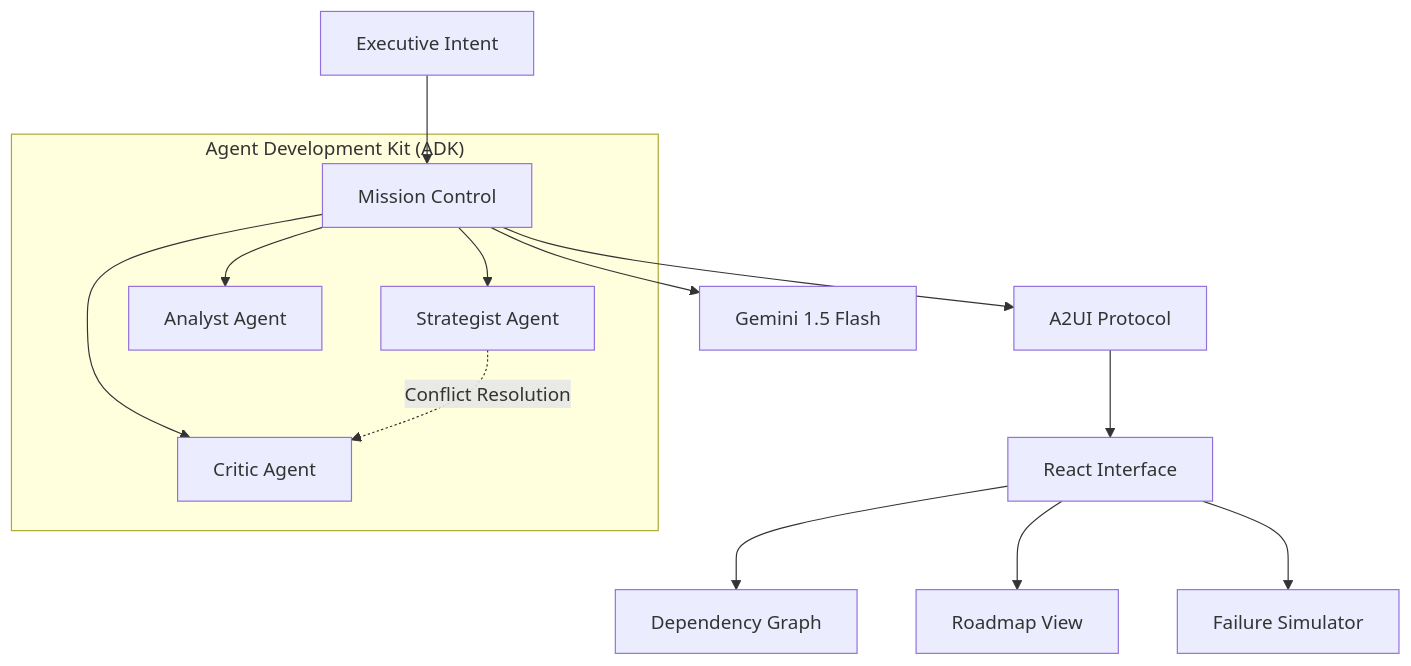
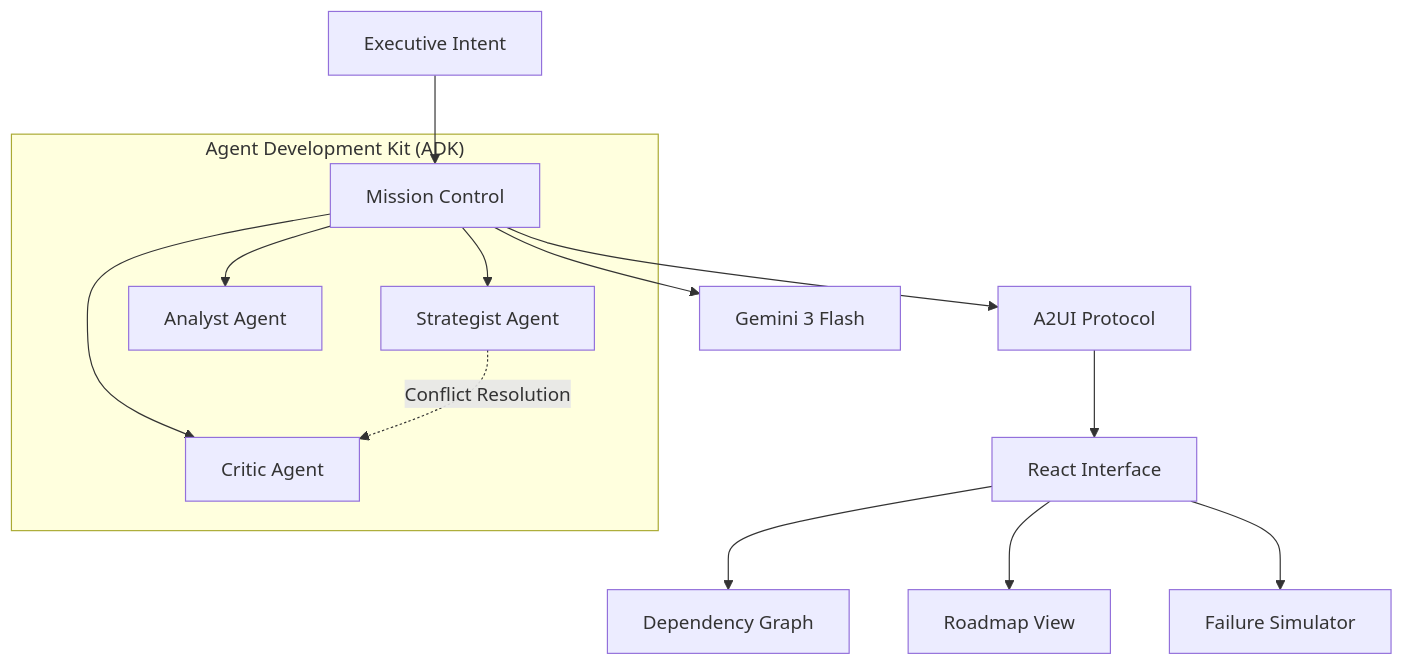
Before and after one commit to darshil0/atlas-strategic-agent: the diagram in README.md, drawn with Mermaid. The commit also changed other lines of this file and 4 other files, not shown here.

````diff
--- a/README.md
+++ b/README.md
@@ -43,20 +43,20 @@
 ```mermaid
 graph TD
     User[Executive Intent] --> Orchestrator[Mission Control]
     
     subgraph "Agent Development Kit (ADK)"
         Orchestrator --> Strategist[Strategist Agent]
         Orchestrator --> Analyst[Analyst Agent]
         Orchestrator --> Critic[Critic Agent]
         Strategist -.Conflict Resolution.-> Critic
     end
     
     Orchestrator --> Protocol[A2UI Protocol]
     Protocol --> UI[React Interface]
     
     UI --> Graph[Dependency Graph]
     UI --> Timeline[Roadmap View]
     UI --> Sim[Failure Simulator]
     
-    Orchestrator --> Gemini[Gemini 1.5 Flash]
+    Orchestrator --> Gemini[Gemini 3 Flash]
 ```
````
